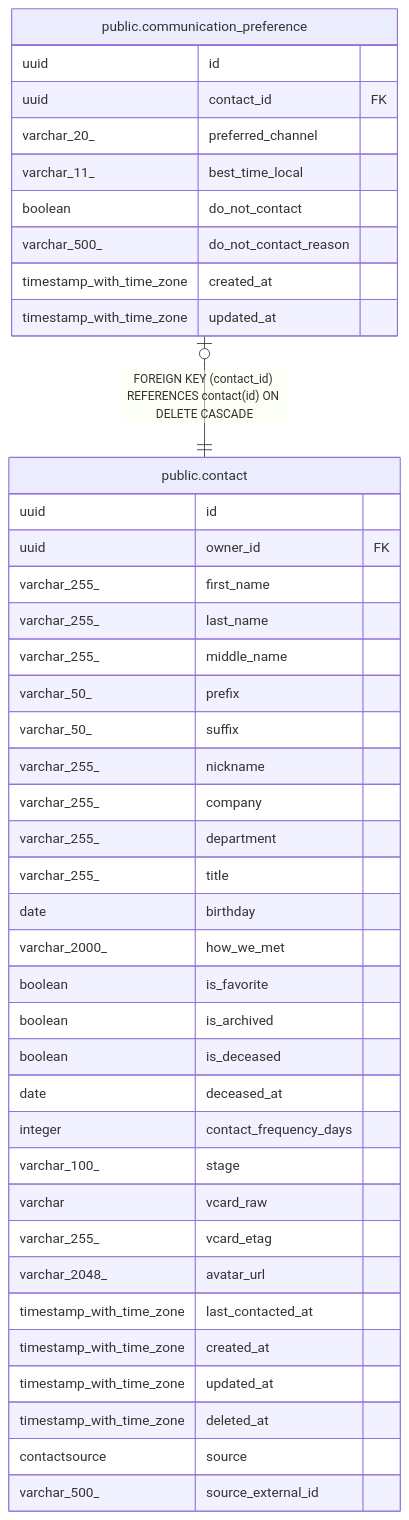
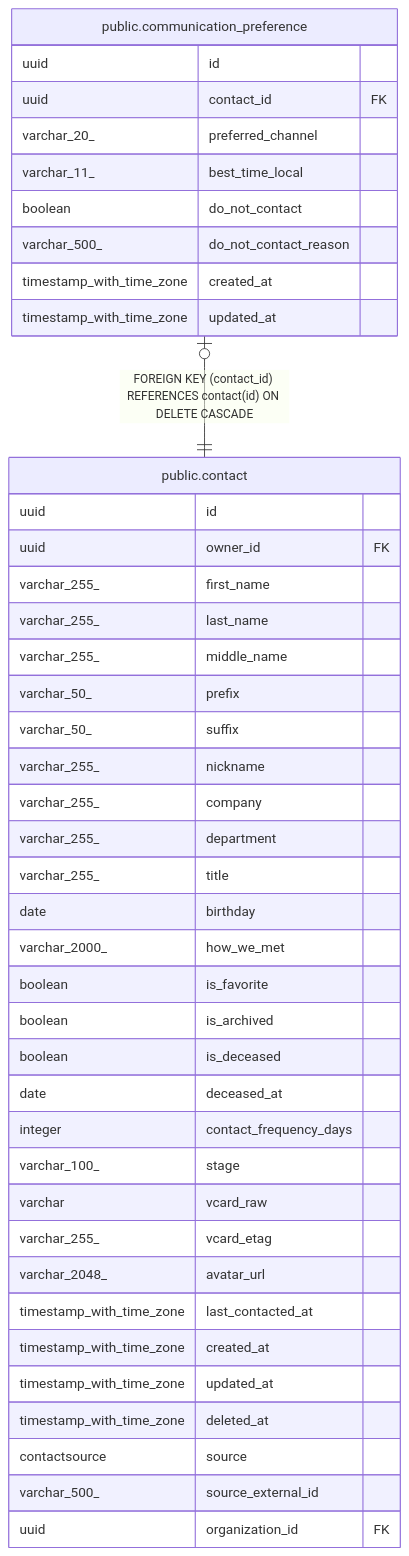
One commit to pike00/Kindred changed the diagram in docs/db/public.communication_preference.md. Above: the diagram before and after it, drawn with Mermaid. The commit also changed 25 other files, not shown here.

Commit message:
docs: regenerate db schema docs (api_key, contact_provenance)

````diff
--- a/docs/db/public.communication_preference.md
+++ b/docs/db/public.communication_preference.md
@@ -38,46 +38,47 @@
 ```mermaid
 erDiagram
 
 "public.communication_preference" |o--|| "public.contact" : "FOREIGN KEY (contact_id) REFERENCES contact(id) ON DELETE CASCADE"
 
 "public.communication_preference" {
   uuid id
   uuid contact_id FK
   varchar_20_ preferred_channel
   varchar_11_ best_time_local
   boolean do_not_contact
   varchar_500_ do_not_contact_reason
   timestamp_with_time_zone created_at
   timestamp_with_time_zone updated_at
 }
 "public.contact" {
   uuid id
   uuid owner_id FK
   varchar_255_ first_name
   varchar_255_ last_name
   varchar_255_ middle_name
   varchar_50_ prefix
   varchar_50_ suffix
   varchar_255_ nickname
   varchar_255_ company
   varchar_255_ department
   varchar_255_ title
   date birthday
   varchar_2000_ how_we_met
   boolean is_favorite
   boolean is_archived
   boolean is_deceased
   date deceased_at
   integer contact_frequency_days
   varchar_100_ stage
   varchar vcard_raw
   varchar_255_ vcard_etag
   varchar_2048_ avatar_url
   timestamp_with_time_zone last_contacted_at
   timestamp_with_time_zone created_at
   timestamp_with_time_zone updated_at
   timestamp_with_time_zone deleted_at
   contactsource source
   varchar_500_ source_external_id
+  uuid organization_id FK
 }
 ```
````
